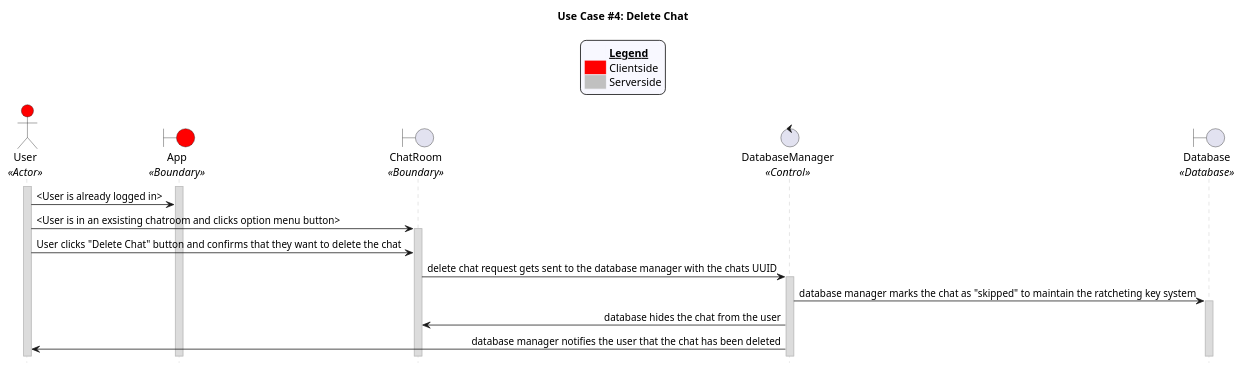
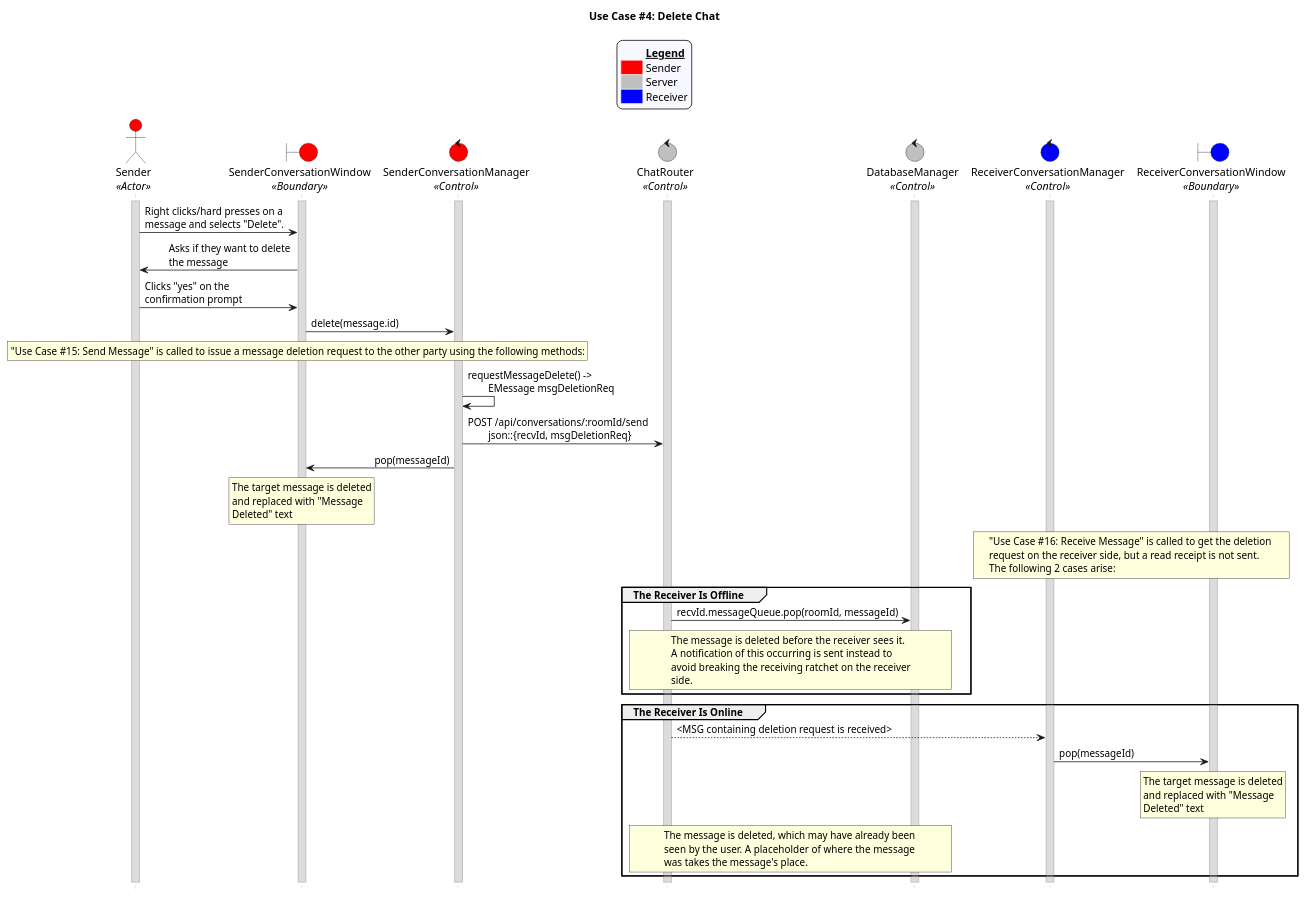
Before and after one commit to CECS-491-SP24-Group-1/seq-diagrams: the diagram in uc_04.puml, drawn with PlantUML.

Commit message:
Finish uc04

```diff
--- a/uc_04.puml
+++ b/uc_04.puml
@@ -1,69 +1,105 @@
 @startuml uc04
 title "Use Case #4: Delete Chat"
 
 'Styling goes here
 hide footbox
 skinparam stereotypePosition bottom
 skinparam sequenceMessageAlign direction
 skinparam sequence {
 	LifeLineBorderColor #Silver
 	LifeLineBackgroundColor #Gainsboro
 }
 
 'Add a legend plus styling
 skinparam legend {
 	backgroundColor #GhostWhite
 	entrySeparator #GhostWhite
 }
 
 legend top
 	<#GhostWhite,#GhostWhite>|	|= __Legend__ |
-	|<#red> | Clientside|
-	|<#silver> | Serverside|
+	|<#red> | Sender|
+	|<#silver> | Server|
+	|<#blue> | Receiver|
 endlegend
 
-
 'Setup the objects involved here
-actor User as u <<Actor>> #red
-boundary App as a <<Boundary>> #red
-boundary ChatRoom as cr <<Boundary>>
-control DatabaseManager as dm <<Control>>
-boundary Database as db <<Database>>
-
+actor Sender as s <<Actor>> #red
+boundary SenderConversationWindow as scw <<Boundary>> #red
+control SenderConversationManager as scm <<Control>> #red
+control ChatRouter as cr <<Control>> #silver
+control DatabaseManager as db <<Control>> #silver
+control ReceiverConversationManager as rcm <<Control>> #blue
+boundary ReceiverConversationWindow as rcw <<Boundary>> #blue
 
 'Setup persistent objects here
-activate u
-activate a 
-
+activate s
+activate scw
+activate scm
+activate cr
+activate db
+activate rcm
+activate rcw
 
 '--- FLOW OF CONTROL STARTS HERE ---
-'User is logged in
-u -> a: <User is already logged in>
+'User right clicks/hard presses on a message to open up its menu and selects delete.
+s -> scw: Right clicks/hard presses on a \nmessage and selects "Delete".
+scw -> s: Asks if they want to delete \nthe message
+s -> scw: Clicks "yes" on the \nconfirmation prompt
+scw -> scm: delete(message.id)
 
-'User accesses existing chat and clicks options menu
-u -> cr: <User is in an exsisting chatroom and clicks option menu button>
-activate cr
+'The user’s device creates a deletion request for the other user and calls Use Case 15: Send Chat to pass the request to the other party.
+rnote over s, scm
+	"Use Case #15: Send Message" is called to issue a message deletion request to the other party using the following methods:
+endrnote
+scm -> scm: requestMessageDelete() -> \n\tEMessage msgDeletionReq
+scm -> cr: POST /api/conversations/:roomId/send \n\tjson::{recvId, msgDeletionReq}
 
-'User clicks "Delete Chat" button and confirms that they want to delete the chat
-u -> cr: User clicks "Delete Chat" button and confirms that they want to delete the chat
+'The message is removed from the sender's conversation window.
+scm -> scw: pop(messageId)
+rnote over scw
+	The target message is deleted
+	and replaced with "Message 
+	Deleted" text
+endrnote
 
-'Chatroom sends delete chat request to the database manager
-cr -> dm: delete chat request gets sent to the database manager with the chats UUID
-activate dm
+'===================== receiver's turn to act
 
-'Database manager marks the chat as "skipped" to maintain the continuity of the ratcheting key system in place
-dm -> db: database manager marks the chat as "skipped" to maintain the ratcheting key system
-activate db
+'The responding user receives the chat via Use Case 16: Receive Chat and detects the message deletion request.
+rnote over rcw, rcm
+	"Use Case #16: Receive Message" is called to get the deletion 
+	request on the receiver side, but a read receipt is not sent.
+	The following 2 cases arise:
+endrnote
 
-'Database manager hides the chat from the user
-dm -> cr: database hides the chat from the user
+'The message deletion request is honored by the server if the user is offline.
+group The Receiver Is Offline
+	'The server pops the message off the queue and it's skipped.
+	cr -> db: recvId.messageQueue.pop(roomId, messageId)
+	rnote over cr, db
+		The message is deleted before the receiver sees it.
+		A notification of this occurring is sent instead to
+		avoid breaking the receiving ratchet on the receiver
+		side.
+	endrnote
+end
 
-'Database manager notifies the user that the chat has been deleted
-dm -> u: database manager notifies the user that the chat has been deleted
-
-
-
-
+'The message deletion request is honored by the receiver if the user is online.
+group The Receiver Is Online
+	'The receiver pops the message off the chat log.
+	cr --> rcm: <MSG containing deletion request is received>
+	rcm -> rcw: pop(messageId)
+	rnote over rcw
+		The target message is deleted
+		and replaced with "Message 
+		Deleted" text
+	endrnote
+	rnote over cr, db
+		The message is deleted, which may have already been 
+		seen by the user. A placeholder of where the message
+		was takes the message's place.
+	endrnote
+end
 '--- FLOW OF CONTROL ENDS HERE   ---
 
 @enduml
```
